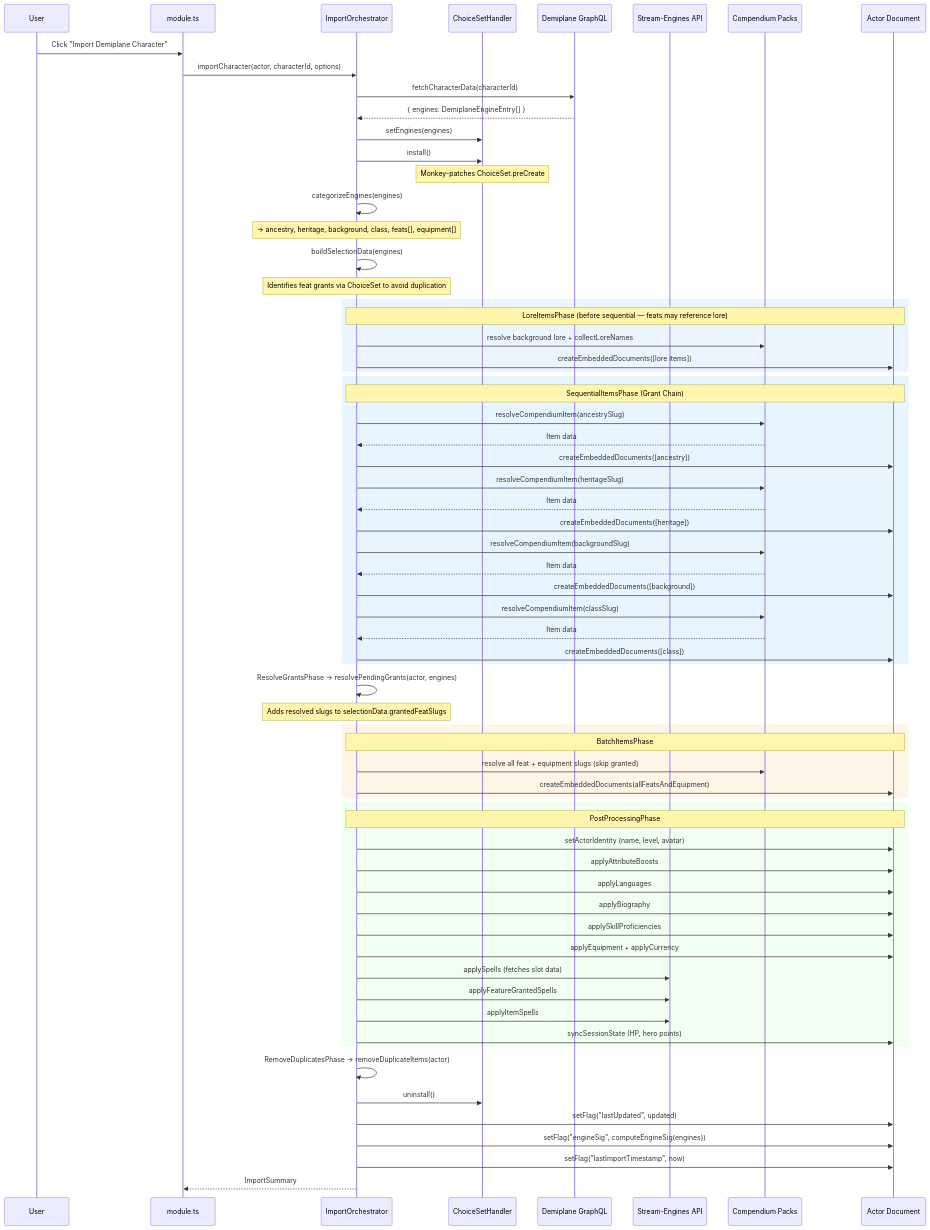
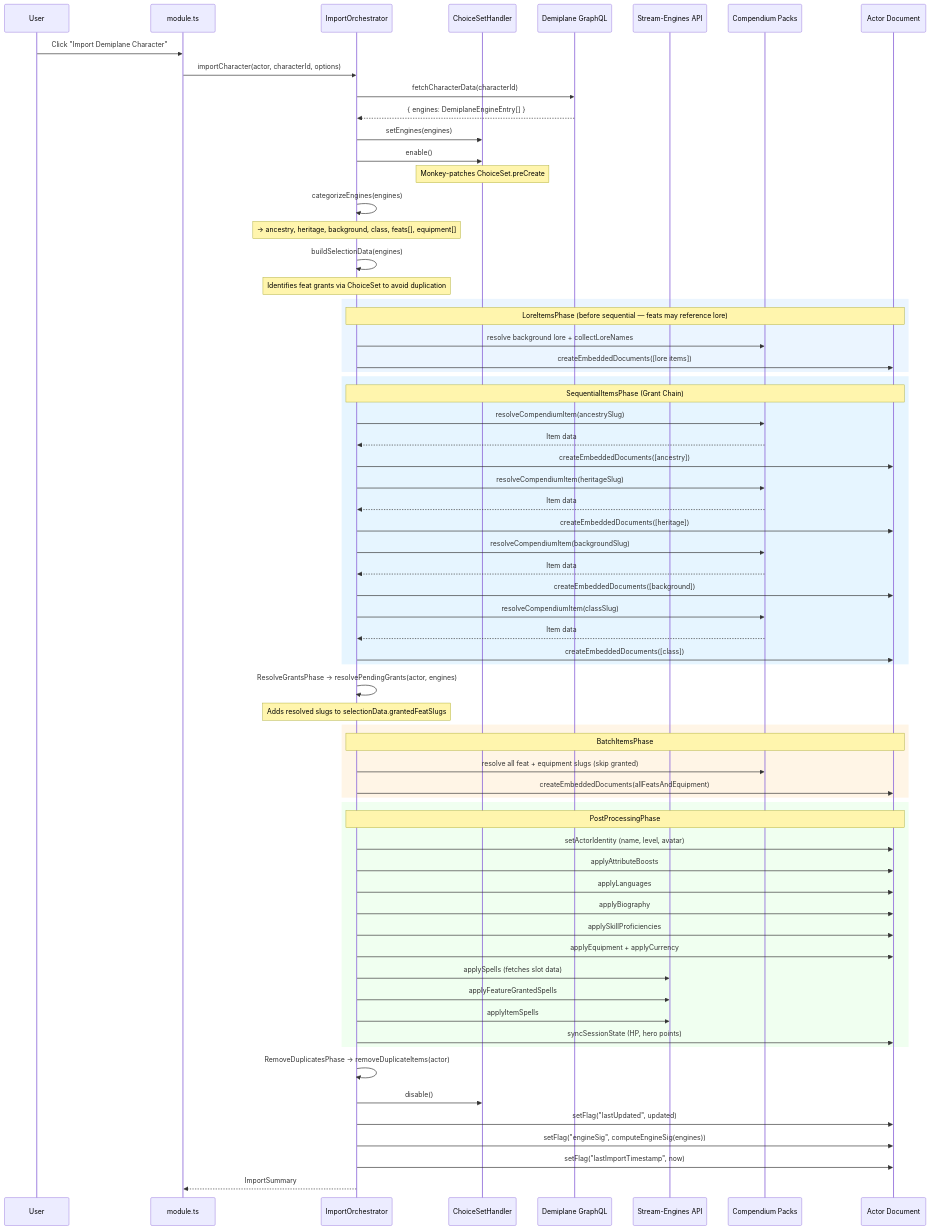
The fourth of 7 diagrams in docs/ARCHITECTURE.md (scooper4711/demiplane-pf2e), drawn with Mermaid before and after one commit. The commit also changed other lines of this file and 2 other files, not shown here.

First line of the commit message:
docs(P2-3): reconcile ARCHITECTURE/DESIGN/CONTRIBUTING with current code

```diff
--- a/docs/ARCHITECTURE.md
+++ b/docs/ARCHITECTURE.md
@@ -394,7 +396,7 @@
     GQL-->>IO: { engines: DemiplaneEngineEntry[] }
 
     IO->>CSH: setEngines(engines)
-    IO->>CSH: install()
+    IO->>CSH: enable()
     Note over CSH: Monkey-patches ChoiceSet.preCreate
 
     IO->>IO: categorizeEngines(engines)
@@ -453,7 +455,7 @@
 
     IO->>IO: RemoveDuplicatesPhase → removeDuplicateItems(actor)
 
-    IO->>CSH: uninstall()
+    IO->>CSH: disable()
     IO->>Act: setFlag("lastUpdated", updated)
     IO->>Act: setFlag("engineSig", computeEngineSig(engines))
     IO->>Act: setFlag("lastImportTimestamp", now)
```
